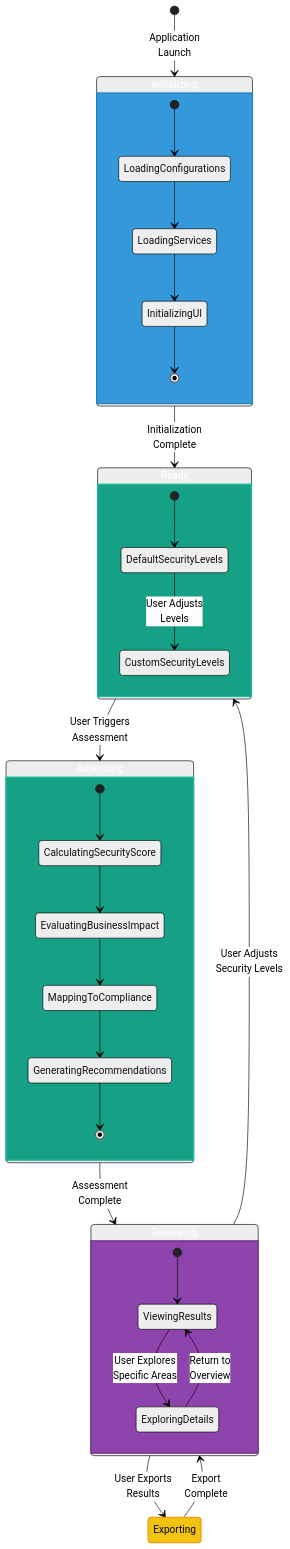
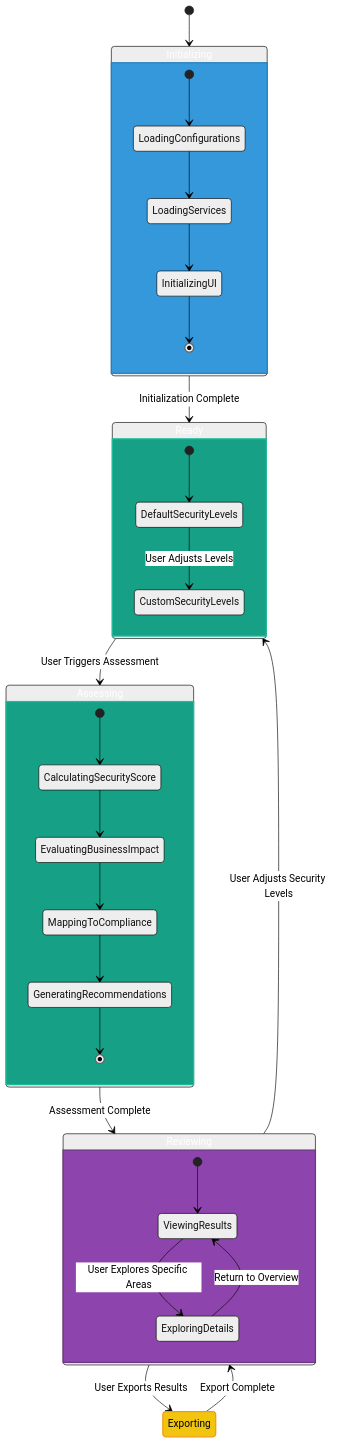
One commit to Hack23/cia-compliance-manager changed the first of 7 diagrams in docs/architecture/STATEDIAGRAM.md. Above: the diagram before and after it, drawn with Mermaid (neutral theme). The commit also changed other lines of this file, not shown here.

Commit message:
fix(docs): enhance clarity in STATEDIAGRAM.md by removing unnecessary line breaks and improving state descriptions

````diff
--- a/docs/architecture/STATEDIAGRAM.md
+++ b/docs/architecture/STATEDIAGRAM.md
@@ -22,51 +22,51 @@
 ```mermaid
 stateDiagram-v2
-    [*] --> Initializing: Application<br>Launch
+    [*] --> Initializing
     
     state Initializing {
         [*] --> LoadingConfigurations
         LoadingConfigurations --> LoadingServices
         LoadingServices --> InitializingUI
         InitializingUI --> [*]
     }
     
-    Initializing --> Ready: Initialization<br>Complete
+    Initializing --> Ready: Initialization Complete
     
     state Ready {
         [*] --> DefaultSecurityLevels
-        DefaultSecurityLevels --> CustomSecurityLevels: User Adjusts<br>Levels
+        DefaultSecurityLevels --> CustomSecurityLevels: User Adjusts Levels
     }
     
-    Ready --> Assessing: User Triggers<br>Assessment
+    Ready --> Assessing: User Triggers Assessment
     
     state Assessing {
         [*] --> CalculatingSecurityScore
         CalculatingSecurityScore --> EvaluatingBusinessImpact
         EvaluatingBusinessImpact --> MappingToCompliance
         MappingToCompliance --> GeneratingRecommendations
         GeneratingRecommendations --> [*]
     }
     
-    Assessing --> Reviewing: Assessment<br>Complete
+    Assessing --> Reviewing: Assessment Complete
     
     state Reviewing {
         [*] --> ViewingResults
-        ViewingResults --> ExploringDetails: User Explores<br>Specific Areas
-        ExploringDetails --> ViewingResults: Return to<br>Overview
+        ViewingResults --> ExploringDetails: User Explores Specific Areas
+        ExploringDetails --> ViewingResults: Return to Overview
     }
     
-    Reviewing --> Ready: User Adjusts<br>Security Levels
-    Reviewing --> Exporting: User Exports<br>Results
+    Reviewing --> Ready: User Adjusts Security Levels
+    Reviewing --> Exporting: User Exports Results
     
-    Exporting --> Reviewing: Export<br>Complete
+    Exporting --> Reviewing: Export Complete
     
     classDef initial fill:#3498db,stroke:#2980b9,stroke-width:2px,color:white
     classDef process fill:#16a085,stroke:#1abc9c,stroke-width:2px,color:white
     classDef review fill:#8e44ad,stroke:#6c3483,stroke-width:2px,color:white
     classDef export fill:#f1c40f,stroke:#f39c12,stroke-width:2px,color:black
     
     class Initializing initial
     class Ready,Assessing process
     class Reviewing review
     class Exporting export
 ```
````
